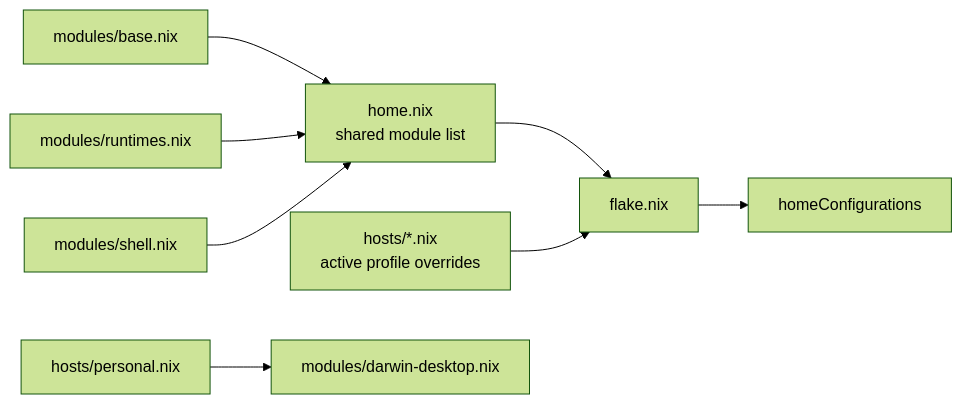
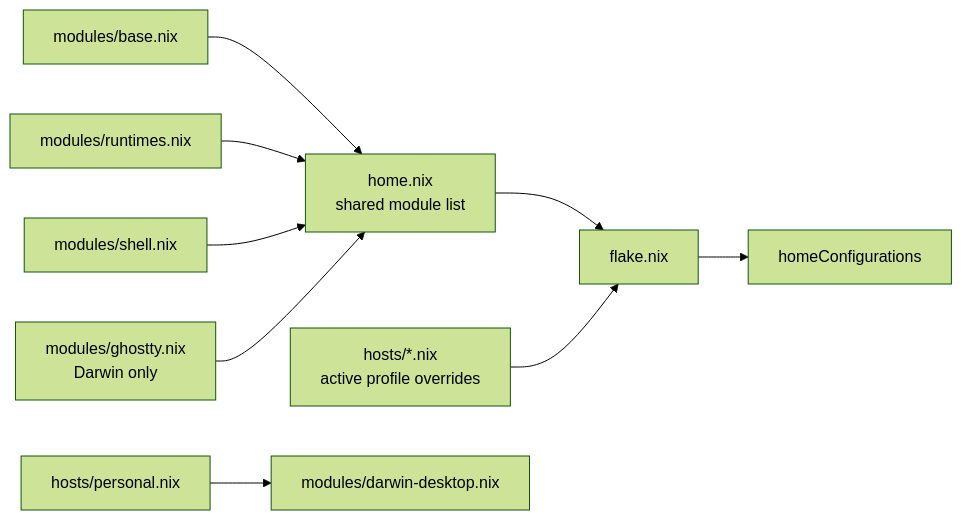
Before and after one commit to nyelonong/homie: the diagram in README.md, drawn with Mermaid (forest theme). The commit also changed other lines of this file and 6 other files, not shown here.

````diff
--- a/README.md
+++ b/README.md
@@ -48,10 +48,11 @@
 ```mermaid
 flowchart LR
     B["modules/base.nix"] --> H["home.nix<br/>shared module list"]
     R["modules/runtimes.nix"] --> H
     S["modules/shell.nix"] --> H
+    G["modules/ghostty.nix<br/>Darwin only"] --> H
     H --> F["flake.nix"]
     HOST["hosts/*.nix<br/>active profile overrides"] --> F
     PERSONAL["hosts/personal.nix"] --> DESKTOP["modules/darwin-desktop.nix"]
     F --> OUT["homeConfigurations"]
 ```
````
